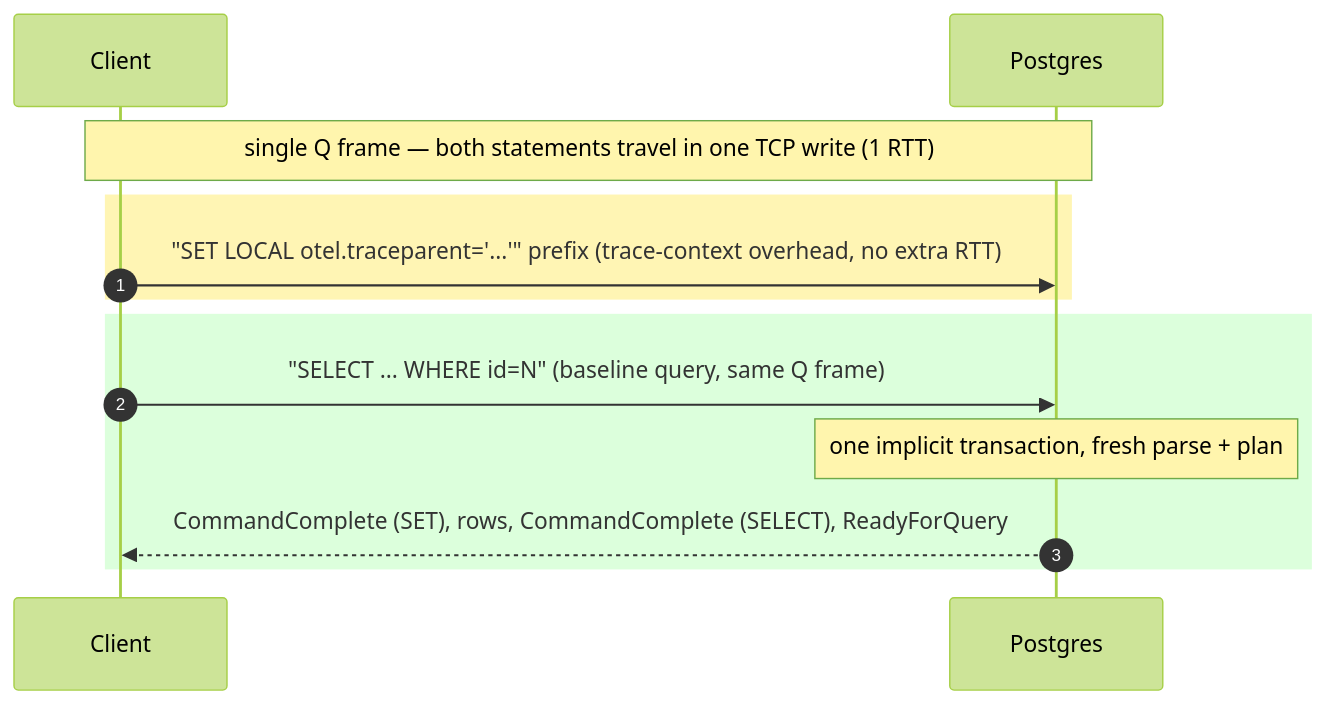
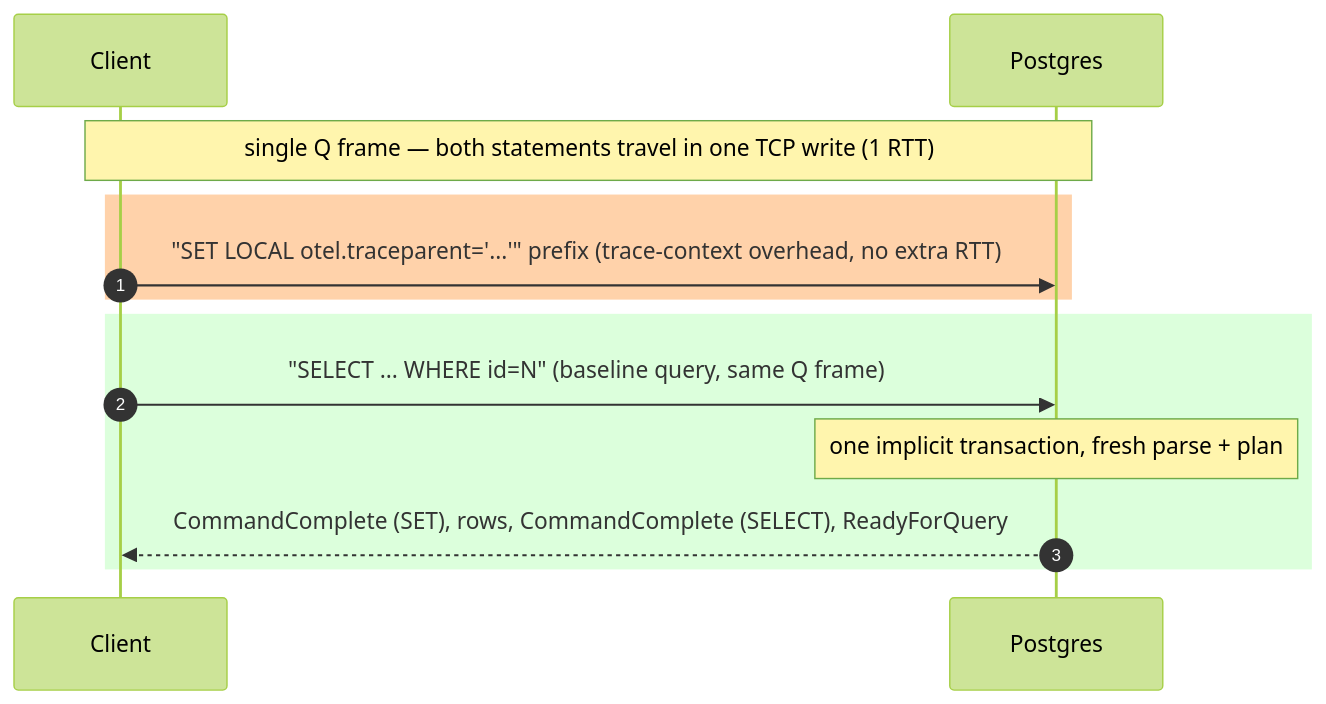
Before and after one commit to ringerc/postgres_otel_tracing_bench: the third of 6 diagrams in README.md, drawn with Mermaid (forest theme). The commit also changed other lines of this file, not shown here.

````diff
--- a/README.md
+++ b/README.md
@@ -223,15 +223,15 @@
 ```mermaid
 sequenceDiagram
     autonumber
     participant C as Client
     participant S as Postgres
     Note over C,S: single Q frame — both statements travel in one TCP write (1 RTT)
-    rect rgb(255,245,180)
+    rect rgb(255,210,170)
     C->>S: "SET LOCAL otel.traceparent='...'" prefix (trace-context overhead, no extra RTT)
     end
     rect rgb(220,255,220)
     C->>S: "SELECT ... WHERE id=N" (baseline query, same Q frame)
     Note over S: one implicit transaction, fresh parse + plan
     S-->>C: CommandComplete (SET), rows, CommandComplete (SELECT), ReadyForQuery
     end
 ```
````
